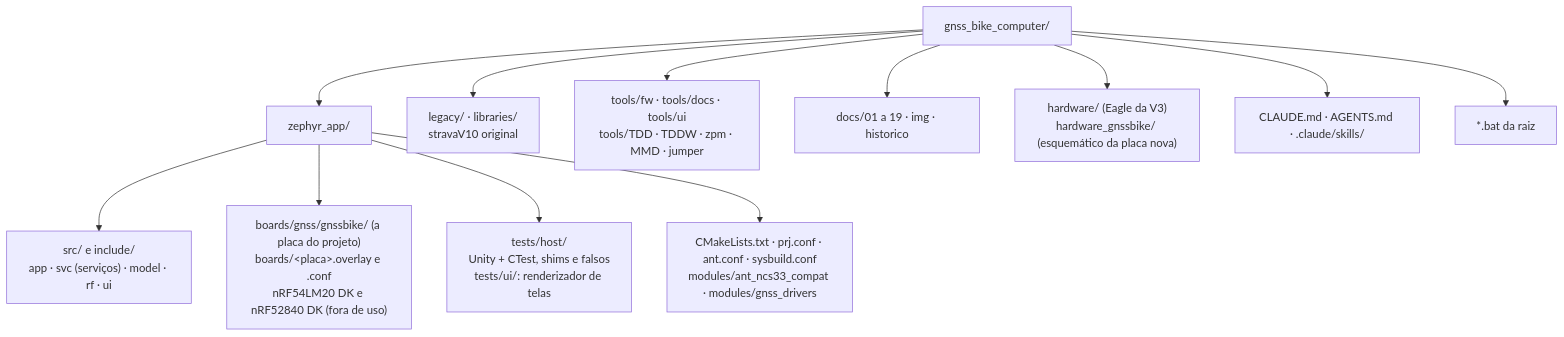
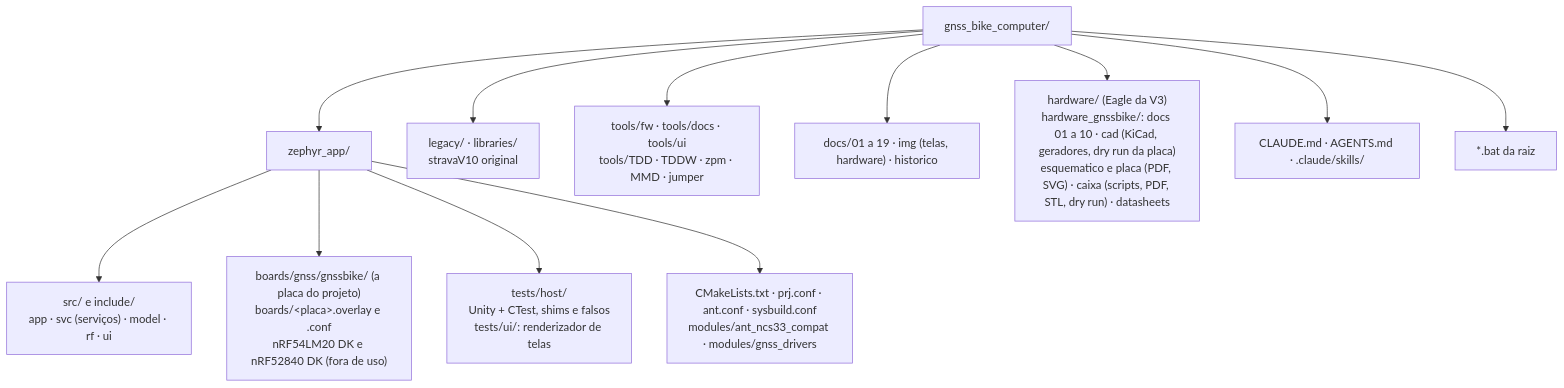
Before and after one commit to Guiimartinho/gnss-bike-computer: the first of 2 diagrams in CLAUDE.md, drawn with Mermaid. The commit also changed other lines of this file and 66 other files, not shown here.

````diff
--- a/CLAUDE.md
+++ b/CLAUDE.md
@@ -59,15 +59,15 @@
 ```mermaid
 flowchart TB
     ROOT["gnss_bike_computer/"]
     ROOT --> ZA["zephyr_app/"]
     ZA --> ZS["src/ e include/<br/>app · svc (serviços) · model · rf · ui"]
     ZA --> ZB["boards/gnss/gnssbike/ (a placa do projeto)<br/>boards/&lt;placa&gt;.overlay e .conf<br/>nRF54LM20 DK e nRF52840 DK (fora de uso)"]
     ZA --> ZT["tests/host/<br/>Unity + CTest, shims e falsos<br/>tests/ui/: renderizador de telas"]
     ZA --> ZC["CMakeLists.txt · prj.conf · ant.conf · sysbuild.conf<br/>modules/ant_ncs33_compat · modules/gnss_drivers"]
     ROOT --> LEG["legacy/ · libraries/<br/>stravaV10 original"]
     ROOT --> TOOLS["tools/fw · tools/docs · tools/ui<br/>tools/TDD · TDDW · zpm · MMD · jumper"]
-    ROOT --> DOCS["docs/01 a 19 · img · historico"]
-    ROOT --> HW["hardware/ (Eagle da V3)<br/>hardware_gnssbike/ (esquemático da placa nova)"]
+    ROOT --> DOCS["docs/01 a 19 · img (telas, hardware) · historico"]
+    ROOT --> HW["hardware/ (Eagle da V3)<br/>hardware_gnssbike/: docs 01 a 10 · cad (KiCad, geradores, dry run da placa)<br/>esquematico e placa (PDF, SVG) · caixa (scripts, PDF, STL, dry run) · datasheets"]
     ROOT --> AI["CLAUDE.md · AGENTS.md · .claude/skills/"]
     ROOT --> BAT["*.bat da raiz"]
 ```
````
